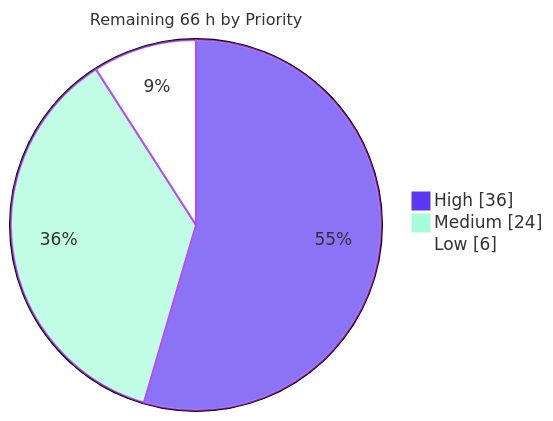
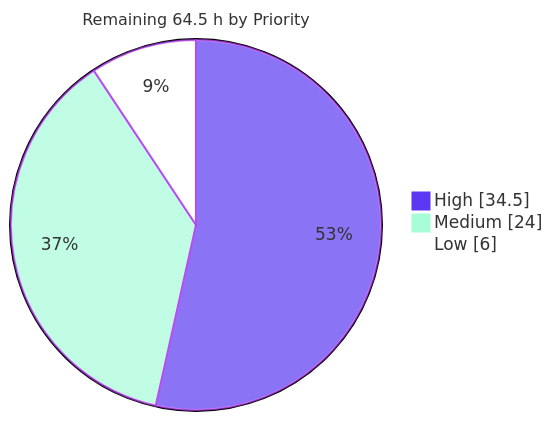
One commit to blitzy-public-samples/freeswitch changed the third of 4 diagrams in blitzy/documentation/Project Guide.md. Above: the diagram before and after it, drawn with Mermaid. The commit also changed other lines of this file and 11 other files, not shown here.

````diff
--- a/blitzy/documentation/Project Guide.md
+++ b/blitzy/documentation/Project Guide.md
@@ -410,7 +426,7 @@
 ```mermaid
 %%{init: {"theme":"base","themeVariables":{"pie1":"#5B39F3","pie2":"#A8FDD9","pie3":"#FFFFFF","pieStrokeColor":"#B23AF2","pieStrokeWidth":"2px","pieTitleTextSize":"16px"}}}%%
-pie showData title Remaining 66 h by Priority
-    "High" : 36
+pie showData title Remaining 64.5 h by Priority
+    "High" : 34.5
     "Medium" : 24
     "Low" : 6
 ```
````
